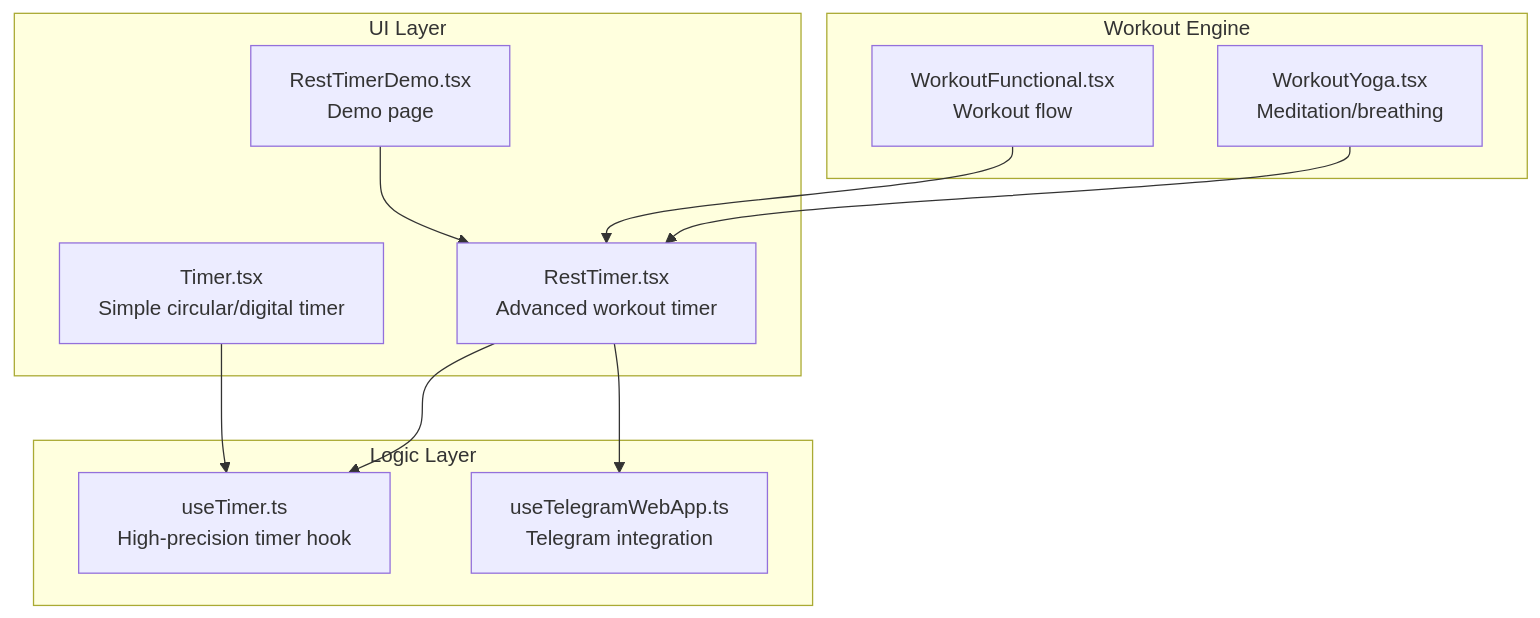
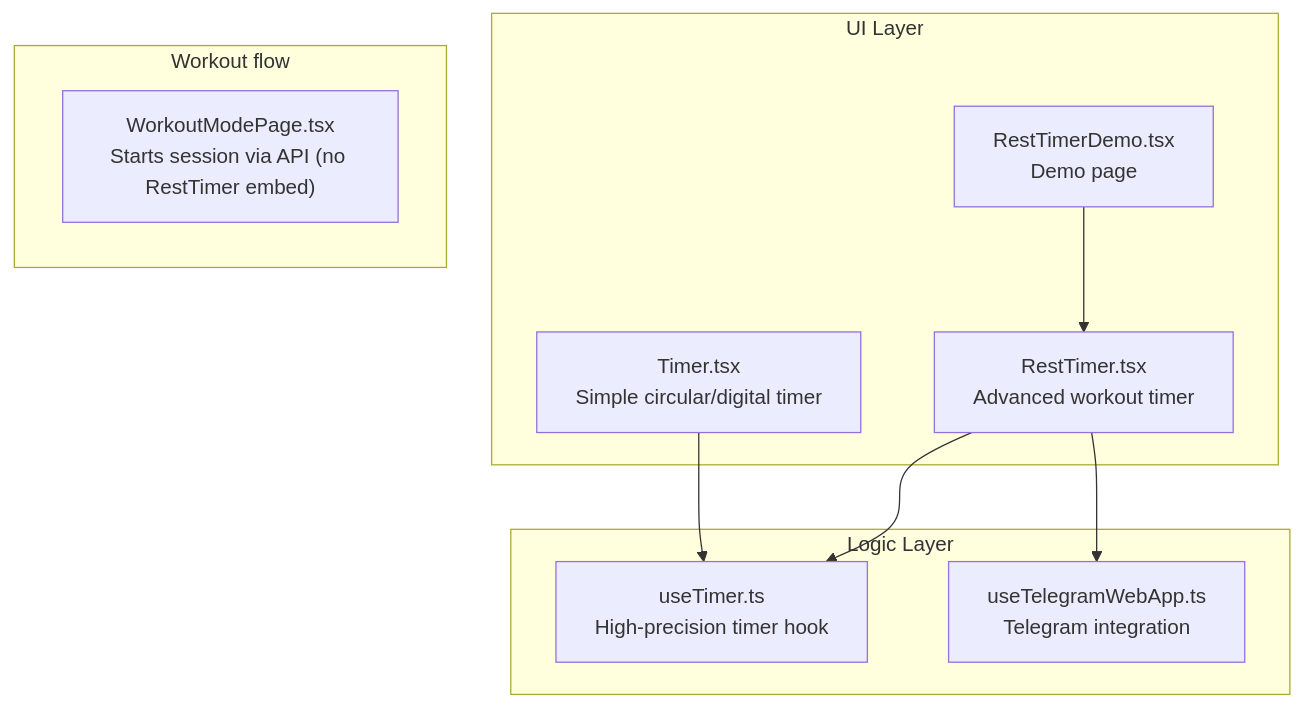
One commit to nilsnavi/fit_trackerpro changed the first of 6 diagrams in .qoder/repowiki/en/content/Frontend Component Architecture/UI Component Library/Timer Component.md. Above: the diagram before and after it, drawn with Mermaid. The commit also changed other lines of this file and 10 other files, not shown here.

````diff
--- a/.qoder/repowiki/en/content/Frontend Component Architecture/UI Component Library/Timer Component.md
+++ b/.qoder/repowiki/en/content/Frontend Component Architecture/UI Component Library/Timer Component.md
@@ -39,22 +39,19 @@
 ```mermaid
 graph TB
 subgraph "UI Layer"
 TimerComp["Timer.tsx<br/>Simple circular/digital timer"]
 RestTimerComp["RestTimer.tsx<br/>Advanced workout timer"]
 Demo["RestTimerDemo.tsx<br/>Demo page"]
 end
 subgraph "Logic Layer"
 UseTimerHook["useTimer.ts<br/>High-precision timer hook"]
 TelegramHook["useTelegramWebApp.ts<br/>Telegram integration"]
 end
-subgraph "Workout Engine"
-WorkoutFunc["WorkoutFunctional.tsx<br/>Workout flow"]
-Yoga["WorkoutYoga.tsx<br/>Meditation/breathing"]
+subgraph "Workout flow"
+Mode["WorkoutModePage.tsx<br/>Starts session via API (no RestTimer embed)"]
 end
 TimerComp --> UseTimerHook
 RestTimerComp --> UseTimerHook
 RestTimerComp --> TelegramHook
 Demo --> RestTimerComp
-WorkoutFunc --> RestTimerComp
-Yoga --> RestTimerComp
 ```
````
